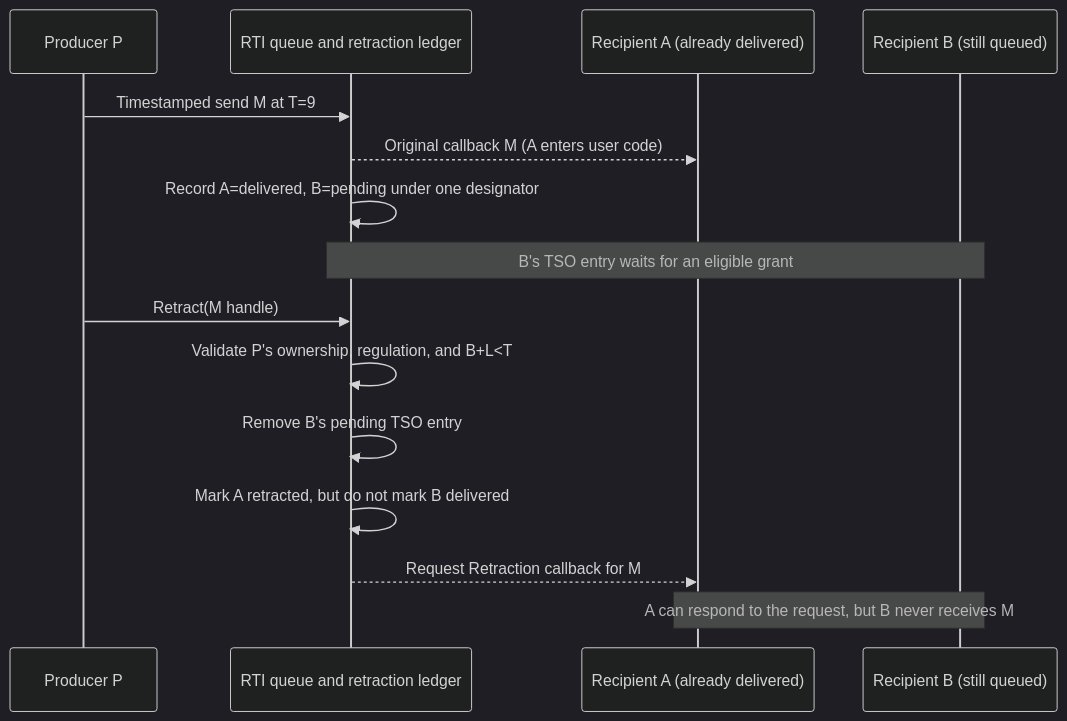
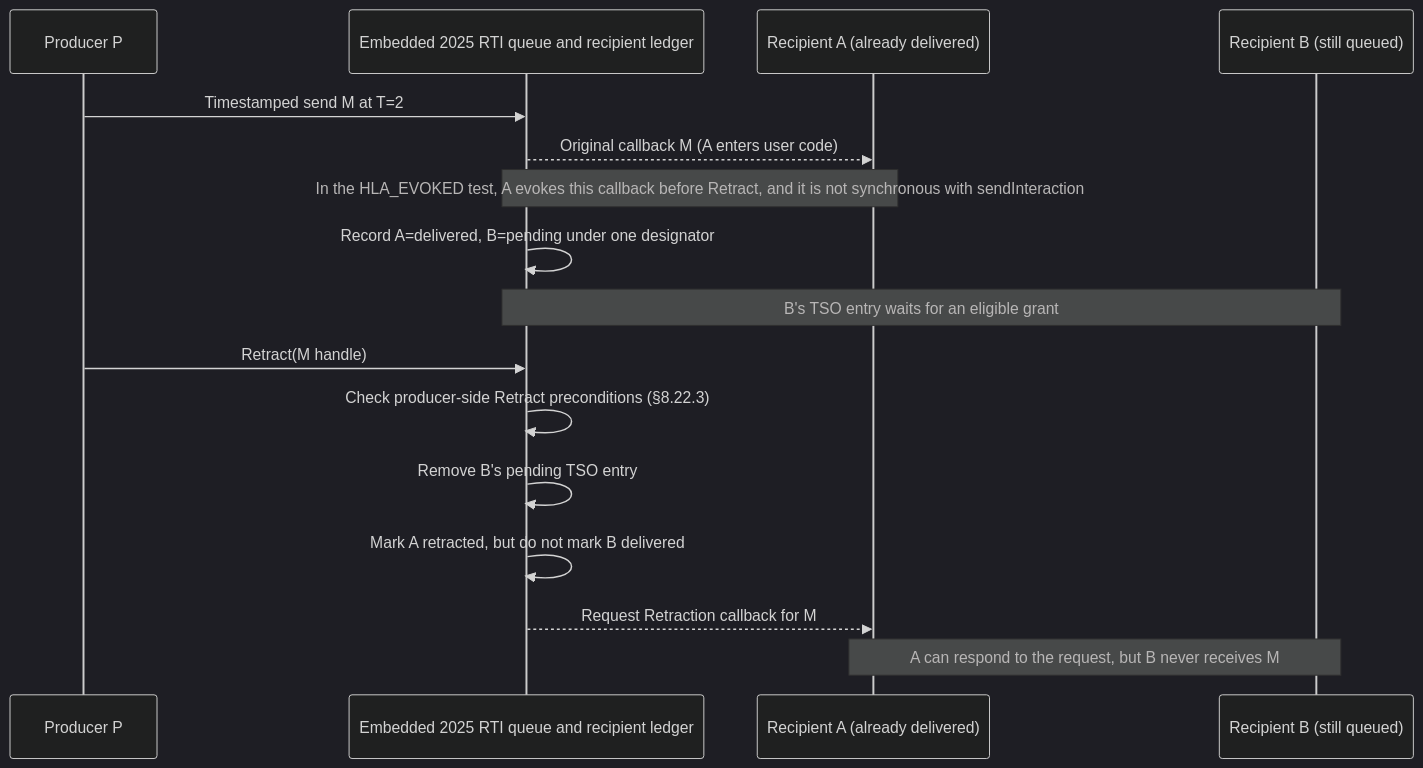
Before and after one commit to sheepfling/umbra: the fifth of 10 diagrams in docs/design/HLA-2025-TSO-RETRACTION-FLOW-GUIDE.md, drawn with Mermaid (dark theme). The commit also changed other lines of this file and 822 other files, not shown here.

````diff
--- a/docs/design/HLA-2025-TSO-RETRACTION-FLOW-GUIDE.md
+++ b/docs/design/HLA-2025-TSO-RETRACTION-FLOW-GUIDE.md
@@ -134,18 +279,19 @@
 ```mermaid
 sequenceDiagram
   participant P as Producer P
-  participant RTI as RTI queue and retraction ledger
+  participant RTI as Embedded 2025 RTI queue and recipient ledger
   participant A as Recipient A (already delivered)
   participant B as Recipient B (still queued)
 
-  P->>RTI: Timestamped send M at T=9
+  P->>RTI: Timestamped send M at T=2
   RTI-->>A: Original callback M (A enters user code)
+  Note over A,RTI: In the HLA_EVOKED test, A evokes this callback before Retract, and it is not synchronous with sendInteraction
   RTI->>RTI: Record A=delivered, B=pending under one designator
   Note over B,RTI: B's TSO entry waits for an eligible grant
   P->>RTI: Retract(M handle)
-  RTI->>RTI: Validate P's ownership, regulation, and B+L<T
+  RTI->>RTI: Check producer-side Retract preconditions (§8.22.3)
   RTI->>RTI: Remove B's pending TSO entry
   RTI->>RTI: Mark A retracted, but do not mark B delivered
   RTI-->>A: Request Retraction callback for M
   Note over A,B: A can respond to the request, but B never receives M
 ```
````
